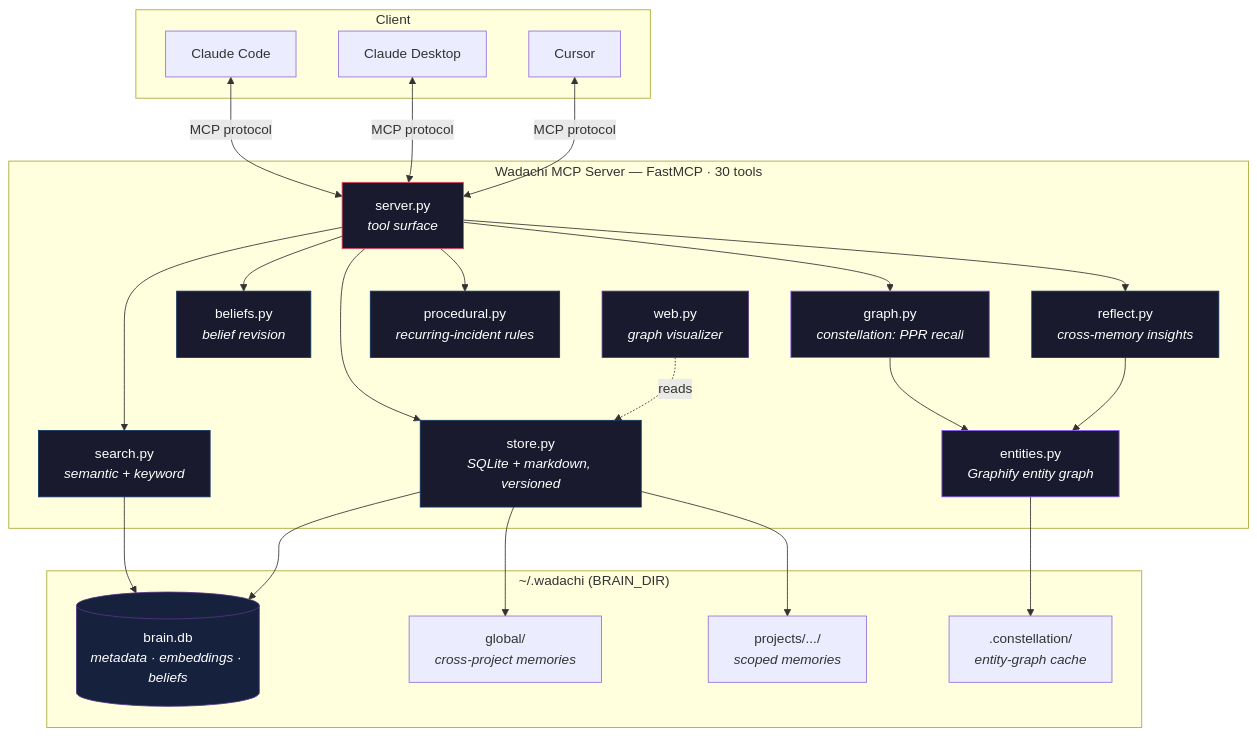
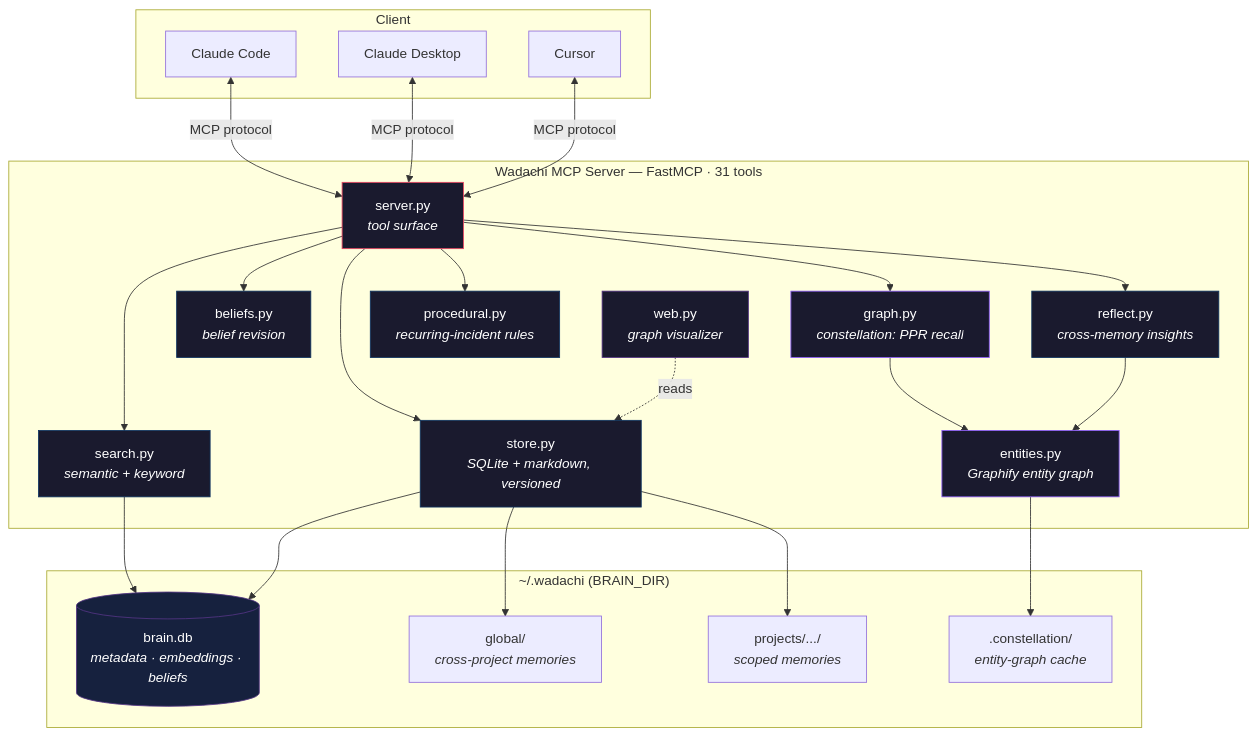
One commit to EliaCinti/wadachi changed the diagram in README.md. Above: the diagram before and after it, drawn with Mermaid. The commit also changed other lines of this file and 10 other files, not shown here.

First line of the commit message:
feat(graph): sonno, evidence scoping, vetrina web tipizzata (Fase 7.B parte 2)

````diff
--- a/README.md
+++ b/README.md
@@ -76,47 +76,47 @@
 ```mermaid
 graph TB
     subgraph Client
         CC[Claude Code]
         CD[Claude Desktop]
         CU[Cursor]
     end
 
-    subgraph Server ["Wadachi MCP Server — FastMCP · 30 tools"]
+    subgraph Server ["Wadachi MCP Server — FastMCP · 31 tools"]
         S[server.py<br><i>tool surface</i>]
         ST[store.py<br><i>SQLite + markdown, versioned</i>]
         SE[search.py<br><i>semantic + keyword</i>]
         GR[graph.py<br><i>constellation: PPR recall</i>]
         EN[entities.py<br><i>Graphify entity graph</i>]
         BE[beliefs.py<br><i>belief revision</i>]
         RE[reflect.py<br><i>cross-memory insights</i>]
         PR[procedural.py<br><i>recurring-incident rules</i>]
         WE[web.py<br><i>graph visualizer</i>]
     end
 
     subgraph Storage ["~/.wadachi (BRAIN_DIR)"]
         DB[(brain.db<br><i>metadata · embeddings · beliefs</i>)]
         GL[global/<br><i>cross-project memories</i>]
         PJ[projects/.../<br><i>scoped memories</i>]
         CO[.constellation/<br><i>entity-graph cache</i>]
     end
 
     CC & CD & CU <-->|MCP protocol| S
     S --> SE & ST & GR & BE & RE & PR
     GR --> EN
     RE --> EN
     SE --> DB
     ST --> DB & GL & PJ
     EN --> CO
     WE -.->|reads| ST
 
     style S fill:#1a1a2e,stroke:#e94560,color:#fff
     style ST fill:#1a1a2e,stroke:#0f3460,color:#fff
     style SE fill:#1a1a2e,stroke:#0f3460,color:#fff
     style GR fill:#1a1a2e,stroke:#8b5cf6,color:#fff
     style EN fill:#1a1a2e,stroke:#8b5cf6,color:#fff
     style BE fill:#1a1a2e,stroke:#0f3460,color:#fff
     style RE fill:#1a1a2e,stroke:#0f3460,color:#fff
     style PR fill:#1a1a2e,stroke:#0f3460,color:#fff
     style WE fill:#1a1a2e,stroke:#533483,color:#fff
     style DB fill:#16213e,stroke:#533483,color:#fff
 ```
````
